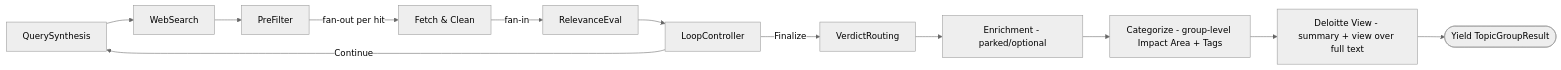
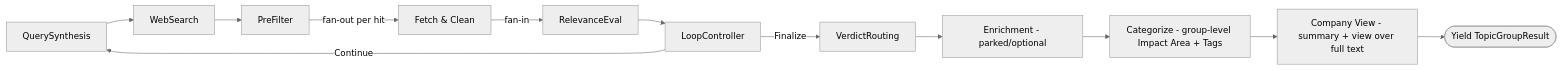
One commit to ctjoumas/agentic-rag-scanner changed the diagram in docs/maf-executor-design.md. Above: the diagram before and after it, drawn with Mermaid (neutral theme). The commit also changed other lines of this file and 32 other files, not shown here.

````diff
--- a/docs/maf-executor-design.md
+++ b/docs/maf-executor-design.md
@@ -52,14 +52,14 @@
 ```mermaid
 flowchart LR
     QS[QuerySynthesis] --> WS[WebSearch]
     WS --> PF[PreFilter]
     PF -->|fan-out per hit| FC[Fetch & Clean]
     FC -->|fan-in| RE[RelevanceEval]
     RE --> LC[LoopController]
     LC -->|Continue| QS
     LC -->|Finalize| VR[VerdictRouting]
     VR --> EN[Enrichment - parked/optional]
     EN --> CAT[Categorize - group-level Impact Area + Tags]
-    CAT --> DV[Deloitte View - summary + view over full text]
+    CAT --> DV[Company View - summary + view over full text]
     DV --> OUT([Yield TopicGroupResult])
 ```
````
